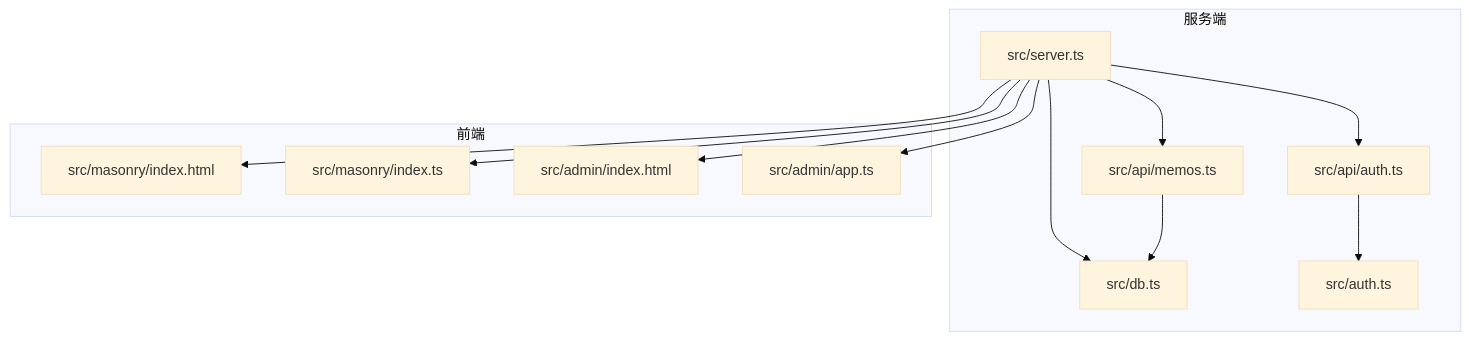
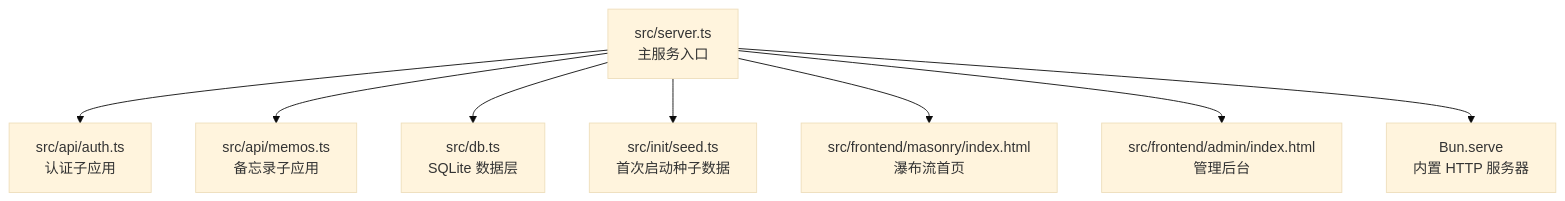
Before and after one commit to BlackBoxRecorder/memos: the first of 4 diagrams in .qoder/repowiki/zh/content/快速开始.md, drawn with Mermaid (base theme). The commit also changed other lines of this file and 83 other files, not shown here.

````diff
--- a/.qoder/repowiki/zh/content/快速开始.md
+++ b/.qoder/repowiki/zh/content/快速开始.md
@@ -43,25 +48,10 @@
 ```mermaid
 graph TB
-subgraph "服务端"
-S["src/server.ts"]
-AAuth["src/api/auth.ts"]
-AMemos["src/api/memos.ts"]
-DB["src/db.ts"]
-Auth["src/auth.ts"]
-end
-subgraph "前端"
-HomeHTML["src/masonry/index.html"]
-HomeTS["src/masonry/index.ts"]
-AdminHTML["src/admin/index.html"]
-AdminTS["src/admin/app.ts"]
-end
-S --> AAuth
-S --> AMemos
-S --> DB
-S --> HomeHTML
-S --> HomeTS
-S --> AdminHTML
-S --> AdminTS
-AMemos --> DB
-AAuth --> Auth
+A["src/server.ts<br/>主服务入口"] --> B["src/api/auth.ts<br/>认证子应用"]
+A --> C["src/api/memos.ts<br/>备忘录子应用"]
+A --> D["src/db.ts<br/>SQLite 数据层"]
+A --> E["src/init/seed.ts<br/>首次启动种子数据"]
+A --> F["src/frontend/masonry/index.html<br/>瀑布流首页"]
+A --> G["src/frontend/admin/index.html<br/>管理后台"]
+A --> H["Bun.serve<br/>内置 HTTP 服务器"]
 ```
````
